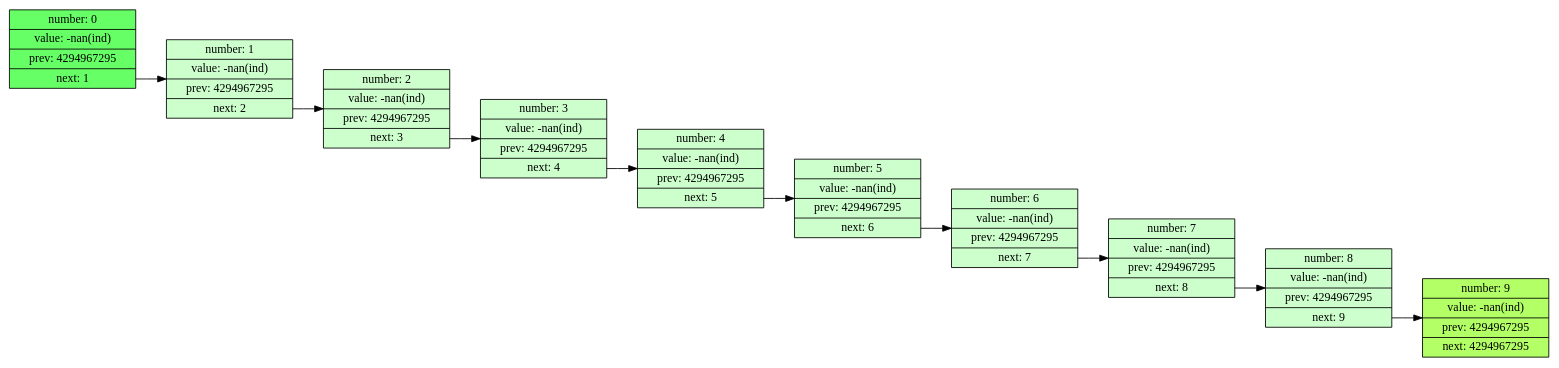
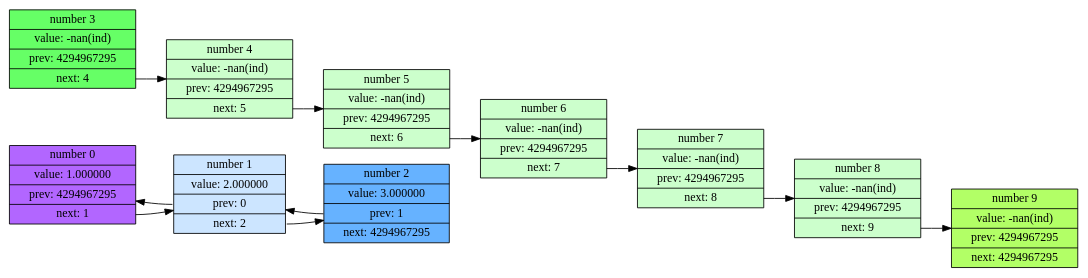
The diagram in Graph/out.dot (AndreyVV-100/List), drawn with Graphviz before and after one commit. The commit also changed 3 other files, not shown here.

```diff
--- a/Graph/out.dot
+++ b/Graph/out.dot
@@ -1,22 +1,23 @@
 digraph G{
 rankdir = LR;
-unit0 [style="filled",                                       fillcolor = "#66FF66"                                     shape = record,                                         label = "number: 0 |                                            value: -nan(ind) |                                     <prev> prev:   4294967295 |                                     <next> next:   1"];
-unit1 [style="filled",                                       fillcolor = "#CCFFCC"                                     shape = record,                                         label = "number: 1 |                                            value: -nan(ind) |                                     <prev> prev:   4294967295 |                                     <next> next:   2"];
-unit2 [style="filled",                                       fillcolor = "#CCFFCC"                                     shape = record,                                         label = "number: 2 |                                            value: -nan(ind) |                                     <prev> prev:   4294967295 |                                     <next> next:   3"];
-unit3 [style="filled",                                       fillcolor = "#CCFFCC"                                     shape = record,                                         label = "number: 3 |                                            value: -nan(ind) |                                     <prev> prev:   4294967295 |                                     <next> next:   4"];
-unit4 [style="filled",                                       fillcolor = "#CCFFCC"                                     shape = record,                                         label = "number: 4 |                                            value: -nan(ind) |                                     <prev> prev:   4294967295 |                                     <next> next:   5"];
-unit5 [style="filled",                                       fillcolor = "#CCFFCC"                                     shape = record,                                         label = "number: 5 |                                            value: -nan(ind) |                                     <prev> prev:   4294967295 |                                     <next> next:   6"];
-unit6 [style="filled",                                       fillcolor = "#CCFFCC"                                     shape = record,                                         label = "number: 6 |                                            value: -nan(ind) |                                     <prev> prev:   4294967295 |                                     <next> next:   7"];
-unit7 [style="filled",                                       fillcolor = "#CCFFCC"                                     shape = record,                                         label = "number: 7 |                                            value: -nan(ind) |                                     <prev> prev:   4294967295 |                                     <next> next:   8"];
-unit8 [style="filled",                                       fillcolor = "#CCFFCC"                                     shape = record,                                         label = "number: 8 |                                            value: -nan(ind) |                                     <prev> prev:   4294967295 |                                     <next> next:   9"];
-unit9 [style="filled",                                       fillcolor = "#B2FF66"                                     shape = record,                                         label = "number: 9 |                                            value: -nan(ind) |                                     <prev> prev:   4294967295 |                                     <next> next:   4294967295"];
+unit0 [style="filled",                                       fillcolor = "#B266FF"                                     shape = record,                                         label = "number  0 |                                            value: 1.000000 |                                     <prev> prev:   4294967295 |                                     <next> next:   1"];
+unit1 [style="filled",                                       fillcolor = "#CCE5FF"                                     shape = record,                                         label = "number  1 |                                            value: 2.000000 |                                     <prev> prev:   0 |                                     <next> next:   2"];
+unit2 [style="filled",                                       fillcolor = "#66B2FF"                                     shape = record,                                         label = "number  2 |                                            value: 3.000000 |                                     <prev> prev:   1 |                                     <next> next:   4294967295"];
+unit3 [style="filled",                                       fillcolor = "#66FF66"                                     shape = record,                                         label = "number  3 |                                            value: -nan(ind) |                                     <prev> prev:   4294967295 |                                     <next> next:   4"];
+unit4 [style="filled",                                       fillcolor = "#CCFFCC"                                     shape = record,                                         label = "number  4 |                                            value: -nan(ind) |                                     <prev> prev:   4294967295 |                                     <next> next:   5"];
+unit5 [style="filled",                                       fillcolor = "#CCFFCC"                                     shape = record,                                         label = "number  5 |                                            value: -nan(ind) |                                     <prev> prev:   4294967295 |                                     <next> next:   6"];
+unit6 [style="filled",                                       fillcolor = "#CCFFCC"                                     shape = record,                                         label = "number  6 |                                            value: -nan(ind) |                                     <prev> prev:   4294967295 |                                     <next> next:   7"];
+unit7 [style="filled",                                       fillcolor = "#CCFFCC"                                     shape = record,                                         label = "number  7 |                                            value: -nan(ind) |                                     <prev> prev:   4294967295 |                                     <next> next:   8"];
+unit8 [style="filled",                                       fillcolor = "#CCFFCC"                                     shape = record,                                         label = "number  8 |                                            value: -nan(ind) |                                     <prev> prev:   4294967295 |                                     <next> next:   9"];
+unit9 [style="filled",                                       fillcolor = "#B2FF66"                                     shape = record,                                         label = "number  9 |                                            value: -nan(ind) |                                     <prev> prev:   4294967295 |                                     <next> next:   4294967295"];
 unit0:<next> -> unit1;
+unit1:<prev> -> unit0;
 unit1:<next> -> unit2;
-unit2:<next> -> unit3;
+unit2:<prev> -> unit1;
 unit3:<next> -> unit4;
 unit4:<next> -> unit5;
 unit5:<next> -> unit6;
 unit6:<next> -> unit7;
 unit7:<next> -> unit8;
 unit8:<next> -> unit9;
 }
```
